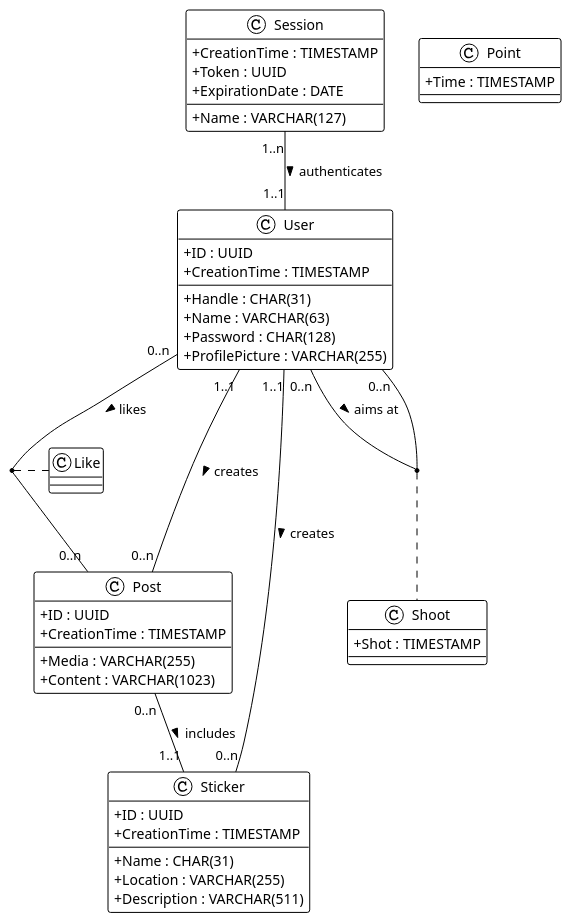
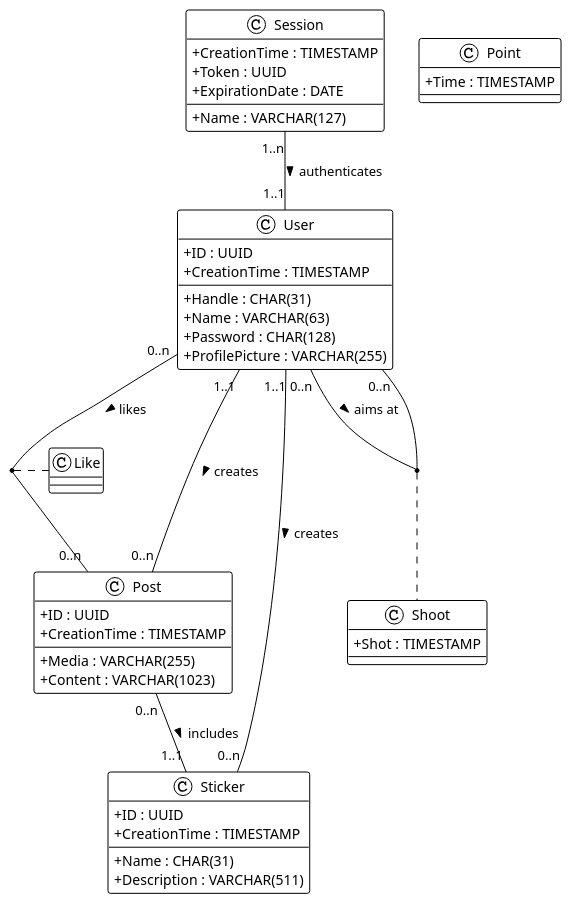
The diagram in doc/hiddlestick.puml (luca-baeck/Soziales-Netzwerk), drawn with PlantUML before and after one commit. The commit also changed 5 other files, not shown here.

```diff
--- a/doc/hiddlestick.puml
+++ b/doc/hiddlestick.puml
@@ -1,72 +1,71 @@
 @startuml hiddlestick
 
 !theme plain
 skinparam ClassAttributeIconSize 0
 
 class User{
     + ID : UUID
     + Handle : CHAR(31)
     + Name : VARCHAR(63)
     + Password : CHAR(128)
     + ProfilePicture : VARCHAR(255)
     + CreationTime : TIMESTAMP
 }
 
 class Post{
     + ID : UUID
     /'
     /+ CreatorID : UUID
     /+ StickerID : UUID
     '/
     + Media : VARCHAR(255)
     + Content : VARCHAR(1023)
     + CreationTime : TIMESTAMP
 }
 
 class Sticker{
     + ID : UUID
     + Name : CHAR(31)
-    + Location : VARCHAR(255)
     /'
     /+ CreatorID : UUID
     '/
     + Description : VARCHAR(511)
     + CreationTime : TIMESTAMP
 }
 
 User "0..n" -- "0..n" User : aims at >
 (User, User) . Shoot
 User "1..1" -- "0..n" Post : creates >
 User "1..1" -- "0..n" Sticker : creates >
 Post "0..n" -- "1..1" Sticker : includes >
 User "0..n" -- "0..n" Post : likes >
 Session "1..n" -- "1..1" User : authenticates >
 (User, Post) . Like
 
 class Shoot{
     /'
     /+ Target : UUID
     /+ Archer : UUID
     '/
     + Shot : TIMESTAMP
 }
 
 class Point{
     /'
     /+ PostID : UUID
     /+ UserID : UUID
     '/
     + Time : TIMESTAMP
 }
 
 class Session{
     /'
     /+ UserID : UUID
     '/
     + CreationTime : TIMESTAMP
     + Name : VARCHAR(127)
     + Token : UUID
     + ExpirationDate : DATE
 }
 
 @enduml
```
